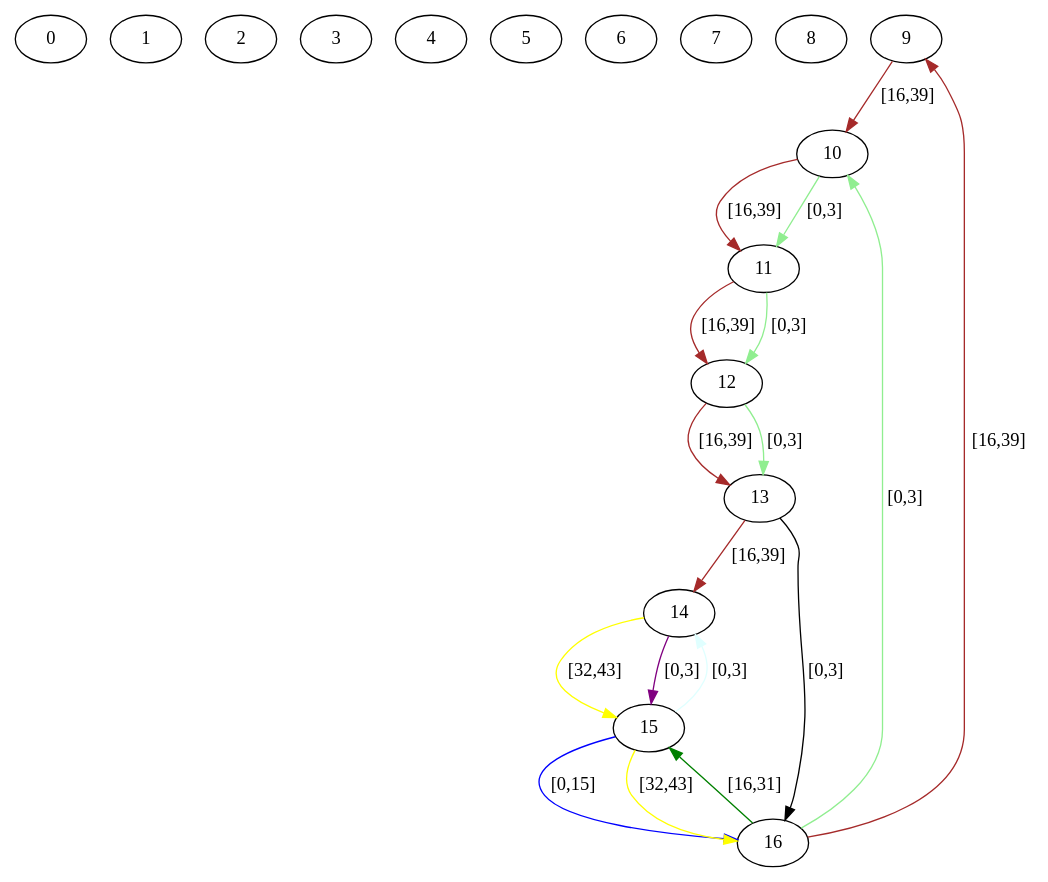
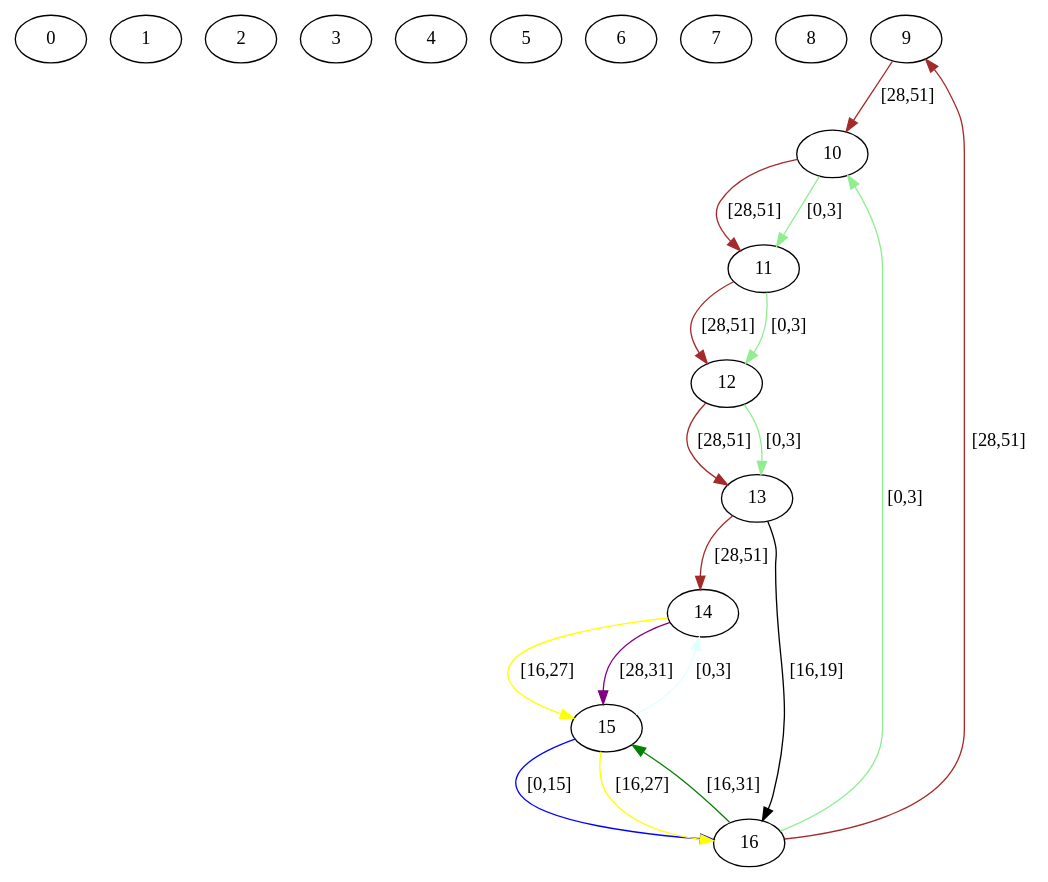
Before and after one commit to Hebbe1234/ExpectAll: the diagram in src/assignedGraphs/assigned.dot, drawn with Graphviz. The commit also changed 6 other files, not shown here.

```diff
--- a/src/assignedGraphs/assigned.dot
+++ b/src/assignedGraphs/assigned.dot
@@ -1,36 +1,36 @@
 digraph  {
 0 [label=0];
 1 [label=1];
 2 [label=2];
 3 [label=3];
 4 [label=4];
 5 [label=5];
 6 [label=6];
 7 [label=7];
 8 [label=8];
 9 [label=9];
 10 [label=10];
 11 [label=11];
 12 [label=12];
 13 [label=13];
 14 [label=14];
 15 [label=15];
 16 [label=16];
-9 -> 10  [color=brown, key=0, label="[16,39]"];
-10 -> 11  [color=brown, key=0, label="[16,39]"];
+9 -> 10  [color=brown, key=0, label="[28,51]"];
+10 -> 11  [color=brown, key=0, label="[28,51]"];
 10 -> 11  [color=lightgreen, key=1, label="[0,3]"];
-11 -> 12  [color=brown, key=0, label="[16,39]"];
+11 -> 12  [color=brown, key=0, label="[28,51]"];
 11 -> 12  [color=lightgreen, key=1, label="[0,3]"];
-12 -> 13  [color=brown, key=0, label="[16,39]"];
+12 -> 13  [color=brown, key=0, label="[28,51]"];
 12 -> 13  [color=lightgreen, key=1, label="[0,3]"];
-13 -> 14  [color=brown, key=0, label="[16,39]"];
-13 -> 16  [color=black, key=0, label="[0,3]"];
-14 -> 15  [color=yellow, key=0, label="[32,43]"];
-14 -> 15  [color=purple, key=1, label="[0,3]"];
+13 -> 14  [color=brown, key=0, label="[28,51]"];
+13 -> 16  [color=black, key=0, label="[16,19]"];
+14 -> 15  [color=yellow, key=0, label="[16,27]"];
+14 -> 15  [color=purple, key=1, label="[28,31]"];
 15 -> 16  [color=blue, key=0, label="[0,15]"];
-15 -> 16  [color=yellow, key=1, label="[32,43]"];
+15 -> 16  [color=yellow, key=1, label="[16,27]"];
 15 -> 14  [color=lightcyan, key=0, label="[0,3]"];
 16 -> 15  [color=green, key=0, label="[16,31]"];
-16 -> 9  [color=brown, key=0, label="[16,39]"];
+16 -> 9  [color=brown, key=0, label="[28,51]"];
 16 -> 10  [color=lightgreen, key=0, label="[0,3]"];
 }
```
